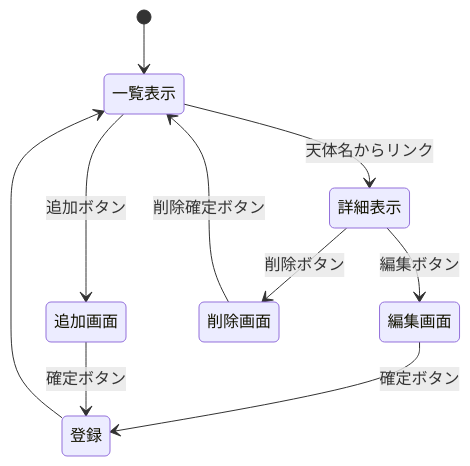
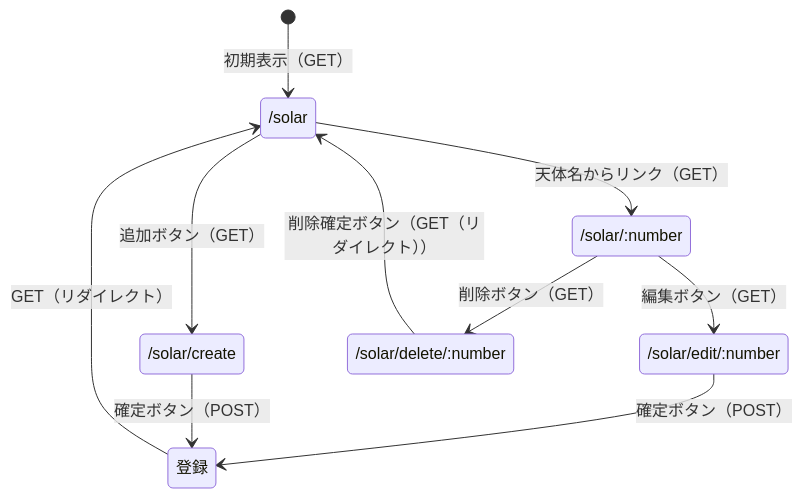
One commit to s25g1001ep-sudo/webpro_06 changed the first of 3 diagrams in spec.md. Above: the diagram before and after it, drawn with Mermaid. The commit also changed other lines of this file and 18 other files, not shown here.

````diff
--- a/spec.md
+++ b/spec.md
@@ -26,12 +49,20 @@
 ```mermaid
 stateDiagram-v2
-    [*] --> 一覧表示
-    一覧表示 --> 詳細表示: 天体名からリンク
-    詳細表示 --> 編集画面: 編集ボタン
-    編集画面 --> 登録: 確定ボタン
-    登録 --> 一覧表示
-    一覧表示 --> 追加画面: 追加ボタン
-    追加画面 --> 登録: 確定ボタン
-    詳細表示 --> 削除画面: 削除ボタン
-    削除画面 --> 一覧表示: 削除確定ボタン
+    
+    state "/solar" as /solar
+    state "/solar/:number" as /detail
+    state "/solar/create" as /add
+    state "/solar/edit/:number" as /edit
+    state "/solar/delete/:number" as /delete
+
+    
+    [*] --> /solar: 初期表示（GET）
+    /solar --> /detail: 天体名からリンク（GET）
+    /detail --> /edit: 編集ボタン（GET）
+    /edit --> 登録: 確定ボタン（POST）
+    登録 --> /solar: GET（リダイレクト）
+    /solar --> /add: 追加ボタン（GET）
+    /add --> 登録: 確定ボタン（POST）
+    /detail --> /delete: 削除ボタン（GET）
+    /delete --> /solar: 削除確定ボタン（GET（リダイレクト））
 ```
````
